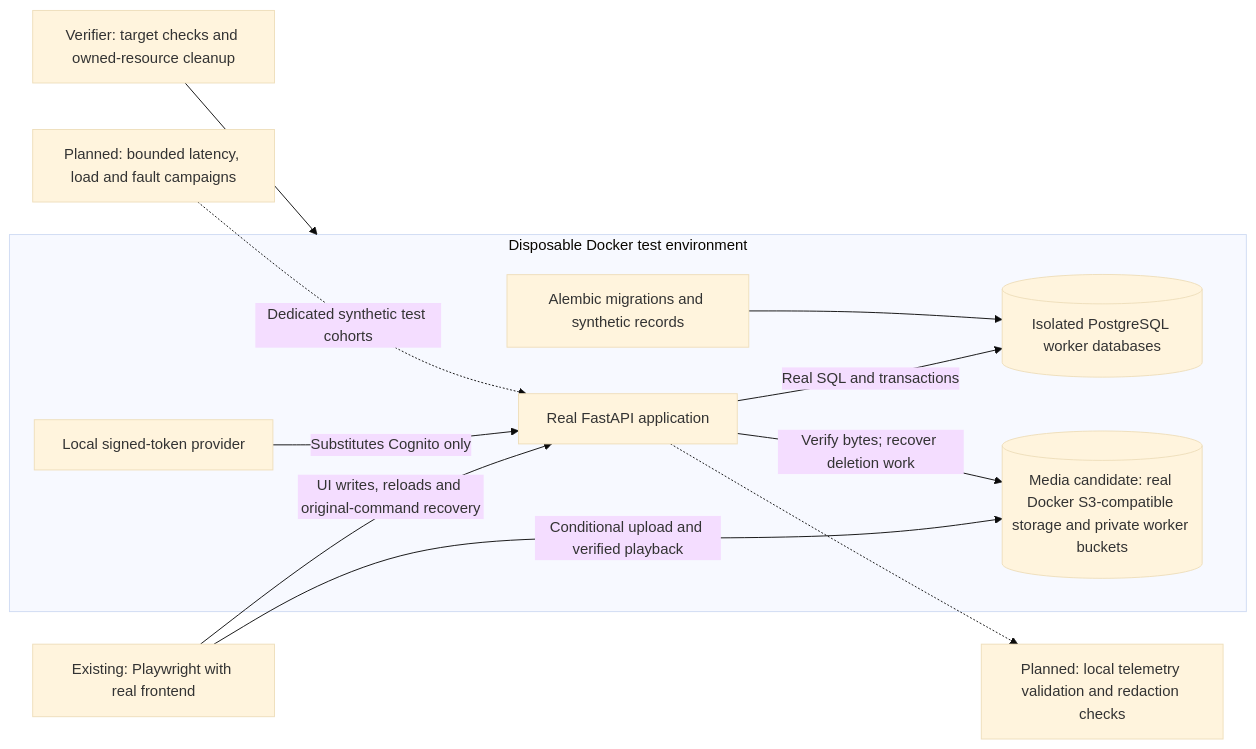
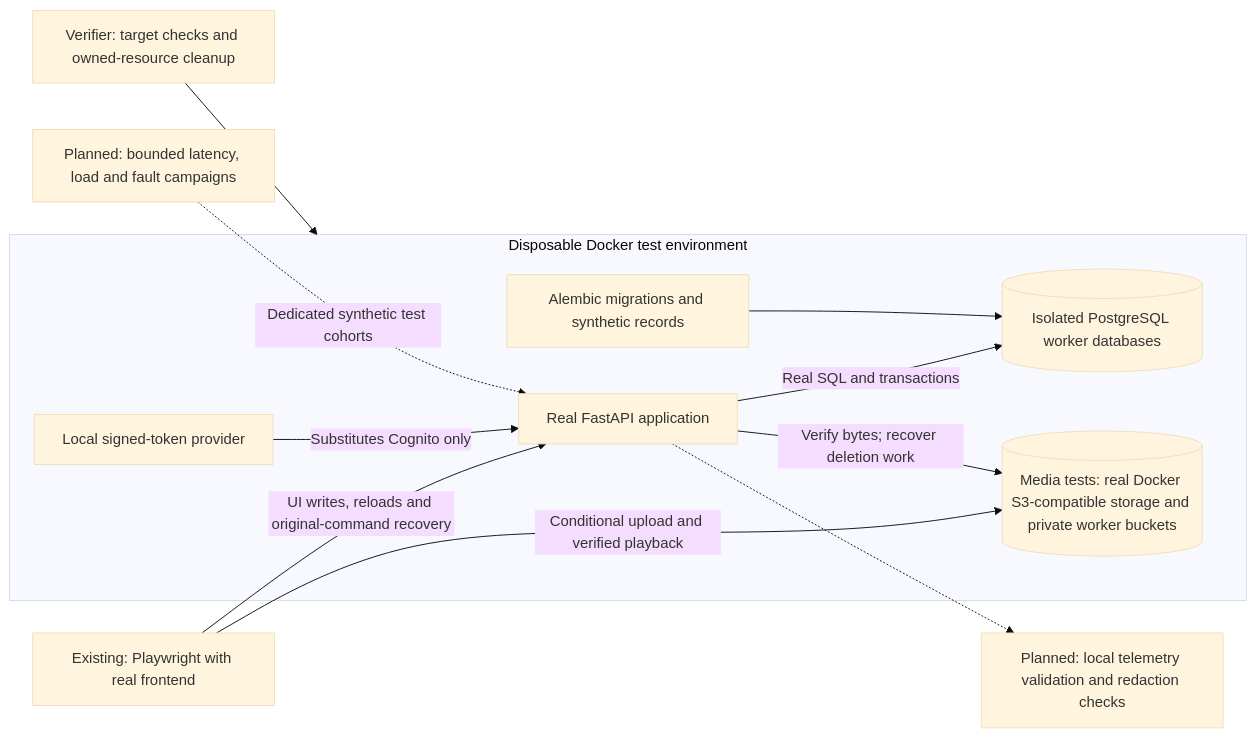
One commit to LimYouSheng/FitfinityReact changed the second of 3 diagrams in docs/Architecture/diagram.md. Above: the diagram before and after it, drawn with Mermaid (base theme). The commit also changed other lines of this file and 45 other files, not shown here.

````diff
--- a/docs/Architecture/diagram.md
+++ b/docs/Architecture/diagram.md
@@ -59,23 +59,23 @@
 ```mermaid
 flowchart LR
   Tests["Existing: Playwright with real frontend"]
   subgraph Docker["Disposable Docker test environment"]
     API["Real FastAPI application"]
     Tokens["Local signed-token provider"]
     PG[("Isolated PostgreSQL worker databases")]
-    Objects[("Media candidate: real Docker S3-compatible storage and private worker buckets")]
+    Objects[("Media tests: real Docker S3-compatible storage and private worker buckets")]
     Seed["Alembic migrations and synthetic records"]
   end
   Owner["Verifier: target checks and owned-resource cleanup"]
   Load["Planned: bounded latency, load and fault campaigns"]
   Telemetry["Planned: local telemetry validation and redaction checks"]
   Tests -->|"UI writes, reloads and original-command recovery"| API
   Tokens -->|"Substitutes Cognito only"| API
   API -->|"Real SQL and transactions"| PG
   Tests -->|"Conditional upload and verified playback"| Objects
   API -->|"Verify bytes; recover deletion work"| Objects
   Seed --> PG
   Owner --> Docker
   Load -.->|"Dedicated synthetic test cohorts"| API
   API -.-> Telemetry
 ```
````
